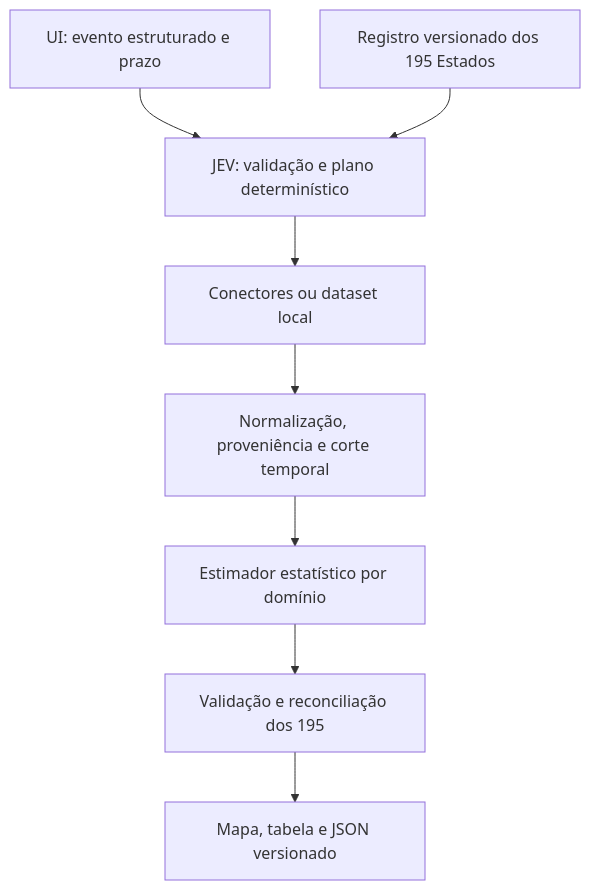
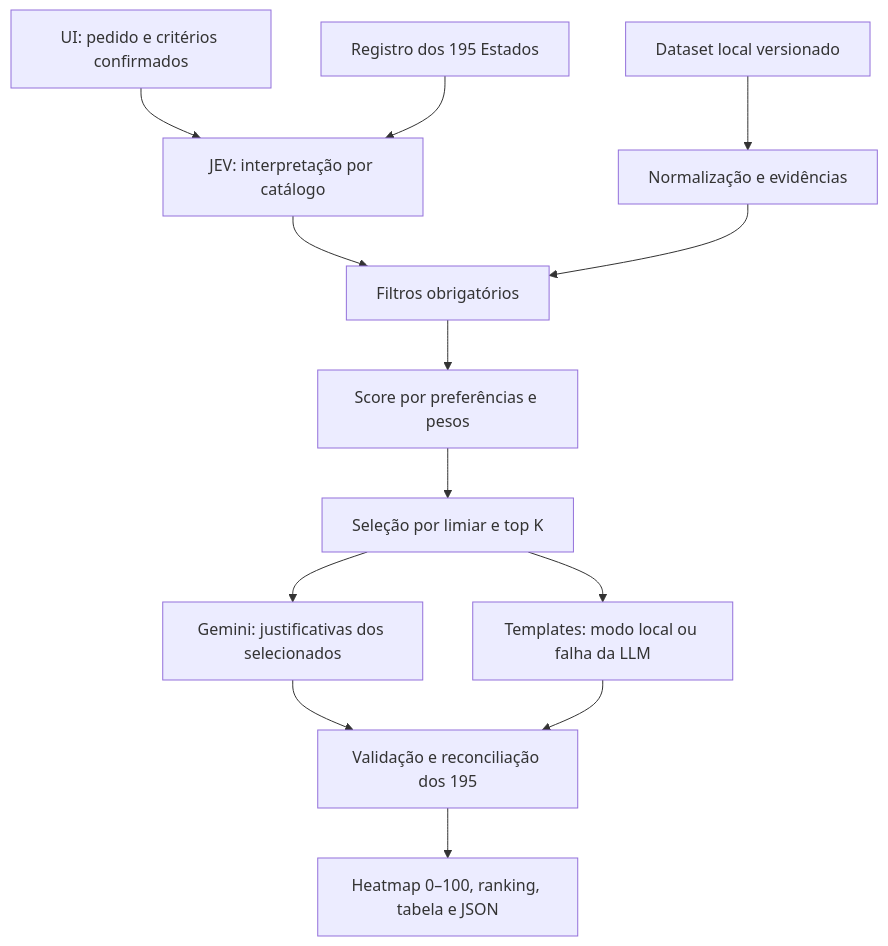
Before and after one commit to felpzw/jev-global-heatmap: the diagram in ARCHITECTURE.md, drawn with Mermaid. The commit also changed other lines of this file and 13 other files, not shown here.

Commit message:
docs(architecture): definir ranking de afinidade com JEV e justificativas LLM (#20)

````diff
--- a/ARCHITECTURE.md
+++ b/ARCHITECTURE.md
@@ -9,10 +9,15 @@
 ```mermaid
 flowchart TD
-    U[UI: evento estruturado e prazo] --> J[JEV: validação e plano determinístico]
-    R[Registro versionado dos 195 Estados] --> J
-    J --> D[Conectores ou dataset local]
-    D --> N[Normalização, proveniência e corte temporal]
-    N --> E[Estimador estatístico por domínio]
-    E --> V[Validação e reconciliação dos 195]
-    V --> O[Mapa, tabela e JSON versionado]
+    U[UI: pedido e critérios confirmados] --> J[JEV: interpretação por catálogo]
+    R[Registro dos 195 Estados] --> J
+    D[Dataset local versionado] --> N[Normalização e evidências]
+    J --> F[Filtros obrigatórios]
+    N --> F
+    F --> S[Score por preferências e pesos]
+    S --> C[Seleção por limiar e top K]
+    C --> L[Gemini: justificativas dos selecionados]
+    C --> T[Templates: modo local ou falha da LLM]
+    L --> V[Validação e reconciliação dos 195]
+    T --> V
+    V --> O[Heatmap 0–100, ranking, tabela e JSON]
 ```
````
